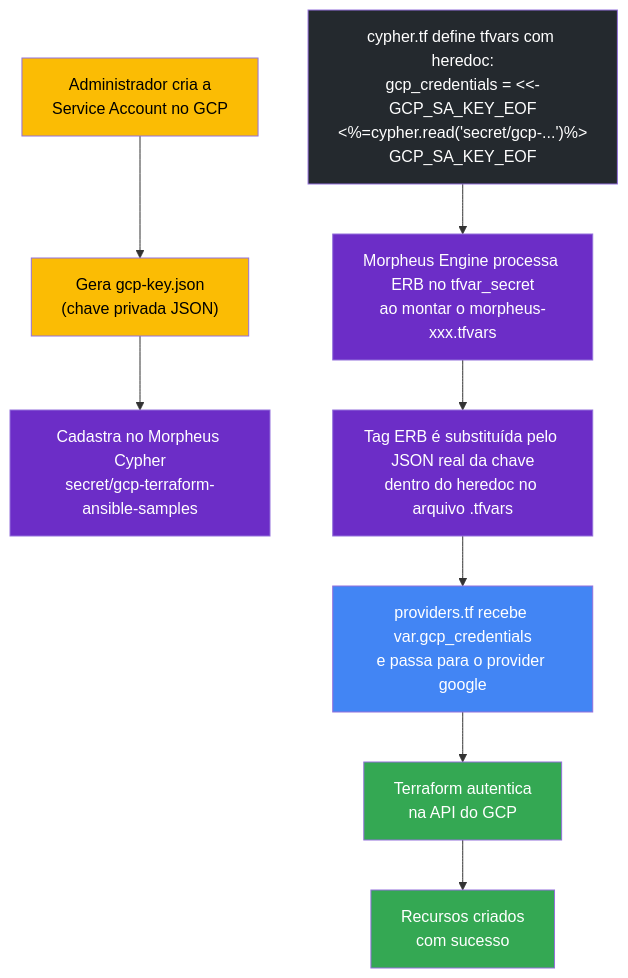
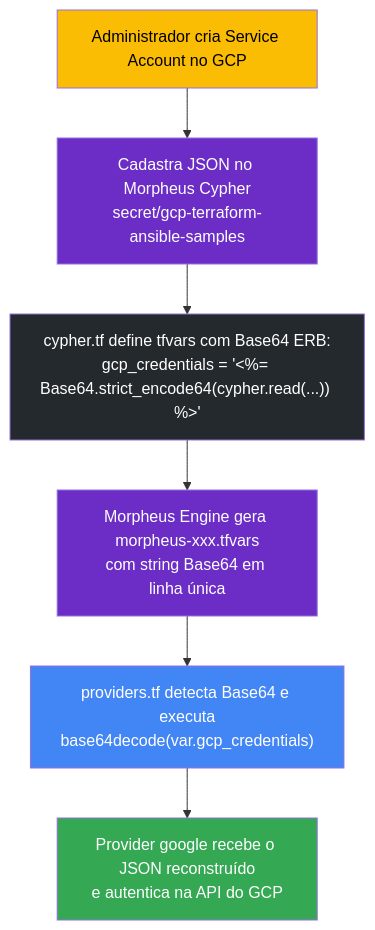
One commit to devopsvanilla/gcp-terraform-ansible-samples changed the fourth of 5 diagrams in PoCs/vm-nginx-terraform-ansible/ARCHITECTURE.md. Above: the diagram before and after it, drawn with Mermaid. The commit also changed other lines of this file and 3 other files, not shown here.

Commit message:
feat: add Morpheus Cypher integration and automation scripts for GCP infrastructure deployment

````diff
--- a/PoCs/vm-nginx-terraform-ansible/ARCHITECTURE.md
+++ b/PoCs/vm-nginx-terraform-ansible/ARCHITECTURE.md
@@ -166,25 +168,18 @@
 ```mermaid
 flowchart TD
-    A["Administrador cria a<br/>Service Account no GCP"]
-    B["Gera gcp-key.json<br/>(chave privada JSON)"]
-    C["Cadastra no Morpheus Cypher<br/>secret/gcp-terraform-ansible-samples"]
-    D["cypher.tf define tfvars com heredoc:<br/>gcp_credentials = <<-GCP_SA_KEY_EOF<br/><%=cypher.read('secret/gcp-...')%><br/>GCP_SA_KEY_EOF"]
-    E["Morpheus Engine processa ERB no tfvar_secret<br/>ao montar o morpheus-xxx.tfvars"]
-    F["Tag ERB é substituída pelo JSON real da chave<br/>dentro do heredoc no arquivo .tfvars"]
-    G["providers.tf recebe var.gcp_credentials<br/>e passa para o provider google"]
-    H["Terraform autentica<br/>na API do GCP"]
-    I["Recursos criados<br/>com sucesso"]
+    A["Administrador cria Service Account no GCP"]
+    B["Cadastra JSON no Morpheus Cypher<br/>secret/gcp-terraform-ansible-samples"]
+    C["cypher.tf define tfvars com Base64 ERB:<br/>gcp_credentials = '<%= Base64.strict_encode64(cypher.read(...)) %>'"]
+    D["Morpheus Engine gera morpheus-xxx.tfvars<br/>com string Base64 em linha única"]
+    E["providers.tf detecta Base64 e executa<br/>base64decode(var.gcp_credentials)"]
+    F["Provider google recebe o JSON reconstruído<br/>e autentica na API do GCP"]
 
-    A --> B --> C
-    D --> E --> F --> G --> H --> I
+    A --> B --> C --> D --> E --> F
 
     style A fill:#FBBC04,color:#000
-    style B fill:#FBBC04,color:#000
-    style C fill:#6C2DC7,color:#fff
-    style D fill:#24292e,color:#fff
-    style E fill:#6C2DC7,color:#fff
-    style F fill:#6C2DC7,color:#fff
-    style G fill:#4285F4,color:#fff
-    style H fill:#34A853,color:#fff
-    style I fill:#34A853,color:#fff
+    style B fill:#6C2DC7,color:#fff
+    style C fill:#24292e,color:#fff
+    style D fill:#6C2DC7,color:#fff
+    style E fill:#4285F4,color:#fff
+    style F fill:#34A853,color:#fff
 ```
````
